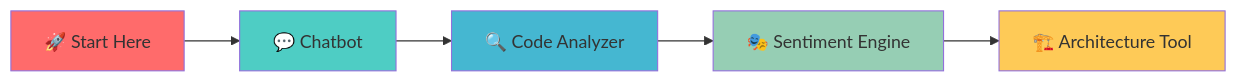
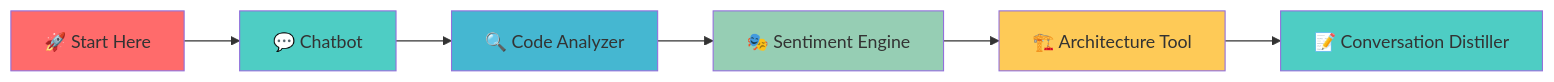
Before and after one commit to dfbustosus/ai-rs: the diagram in README.md, drawn with Mermaid. The commit also changed other lines of this file, not shown here.

Commit message:
Update general README in conversation  distiller

````diff
--- a/README.md
+++ b/README.md
@@ -134,13 +151,15 @@
 ```mermaid
 graph LR
     A[🚀 Start Here] --> B[💬 Chatbot]
     B --> C[🔍 Code Analyzer]
     C --> D[🎭 Sentiment Engine]
     D --> E[🏗️ Architecture Tool]
+    E --> F[📝 Conversation Distiller]
     
     style A fill:#ff6b6b
     style B fill:#4ecdc4
     style C fill:#45b7d1
     style D fill:#96ceb4
     style E fill:#feca57
+    style F fill:#4ecdc4
 ```
````
